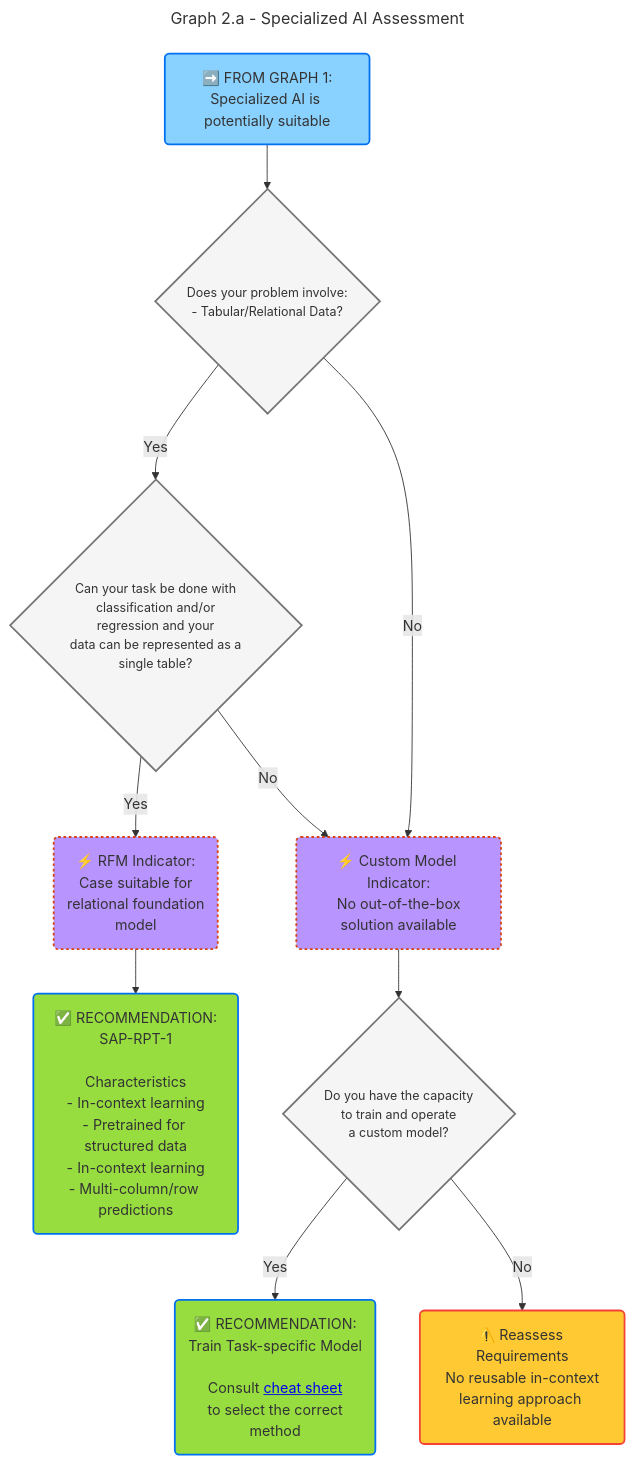
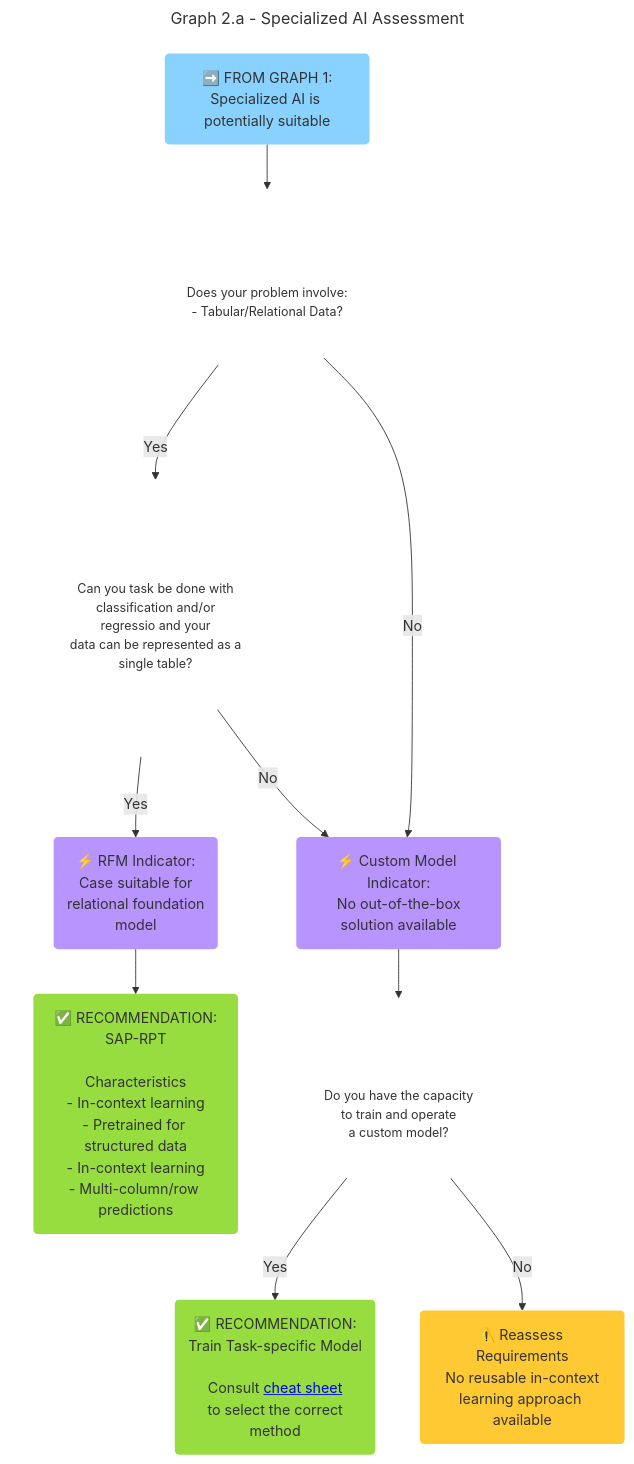
The second of 5 diagrams in docs/golden-path/ai-golden-path/1-technology-overview/readme.md (SAP/architecture-center), drawn with Mermaid before and after one commit. The commit also changed other lines of this file and 7 other files, not shown here.

````diff
--- a/docs/golden-path/ai-golden-path/1-technology-overview/readme.md
+++ b/docs/golden-path/ai-golden-path/1-technology-overview/readme.md
@@ -238,38 +241,38 @@
 ```mermaid
 ---
 title: Graph 2.a - Specialized AI Assessment
 ---
 flowchart TD
     Start("➡️ FROM GRAPH 1:<br>Specialized AI is potentially suitable")
     Start --> Q1{"Does your problem involve:<br>- Tabular/Relational Data?"}
     Q1 -->|Yes|Q2
     Q1 -->|No|CustomModel
-    Q2{"Can your task be done with<br>classification and/or<br>regression and your<br>data can be represented as a<br>single table?"}
+    Q2{"Can you task be done with<br>classification and/or<br>regressio and your<br>data can be represented as a<br>single table?"}
     Q2 -->|Yes|RPT
     RPT("⚡ RFM Indicator:<br>Case suitable for<br>relational foundation<br>model")
     RPT --> R1
 
     Q2 -->|No|CustomModel
     CustomModel("⚡ Custom Model Indicator:<br>No out-of-the-box<br>solution available")
     Q3{"Do you have the capacity<br>to train and operate<br>a custom model?"}
     CustomModel --> Q3
     Q3 -->|Yes|R2
     Q3 -->|No|W1
-    R1("✅ RECOMMENDATION:<br>SAP-RPT-1<br><br>Characteristics<br>- In-context learning<br>- Pretrained for structured data<br>- In-context learning<br>- Multi-column/row predictions")
+    R1("✅ RECOMMENDATION:<br>SAP-RPT<br><br>Characteristics<br>- In-context learning<br>- Pretrained for structured data<br>- In-context learning<br>- Multi-column/row predictions")
     W1("⚠️️ Reassess Requirements<br>No reusable in-context<br>learning approach available")
     R2("✅ RECOMMENDATION:<br>Train Task-specific Model<br><br>Consult <a href='https://scikit-learn.org/stable/machine_learning_map.html'>cheat sheet</a>"<br>to select the correct<br>method)
 
     %% Styling
-    classDef decision fill:#f5f5f5,stroke:#757575,stroke-width:2px,font-size:14
-    classDef warning fill:#FFC933,stroke:#f44336,stroke-width:2px
-    classDef indicator fill:#B894FF,stroke:#d84315,stroke-width:2px,stroke-dasharray: 3 3
-    classDef continueNext fill:#89D1FF,stroke:#0288d1,stroke-width:2px
-    classDef startNode fill:#89D1FF,stroke:#0070F2,stroke-width:2px
-    classDef recommendation fill:#97DD40,stroke:#0070F2,stroke-width:2px
+    classDef decision fill:#FFF,stroke:#757575,stroke-width:0px,font-size:14
+    classDef warning fill:#FFC933,stroke:#f44336,stroke-width:0px
+    classDef indicator fill:#B894FF,stroke:#d84315,stroke-width:0px,stroke-dasharray: 3 3
+    classDef continueNext fill:#89D1FF,stroke:#0288d1,stroke-width:0px
+    classDef startNode fill:#89D1FF,stroke:#0070F2,stroke-width:0px
+    classDef recommendation fill:#97DD40,stroke:#0070F2,stroke-width:0px
 
     class Start startNode
     class R1,R2 recommendation
     class Q1,Q2,Q3 decision
     class W1 warning
     class CustomModel,RPT indicator
 ```
````
